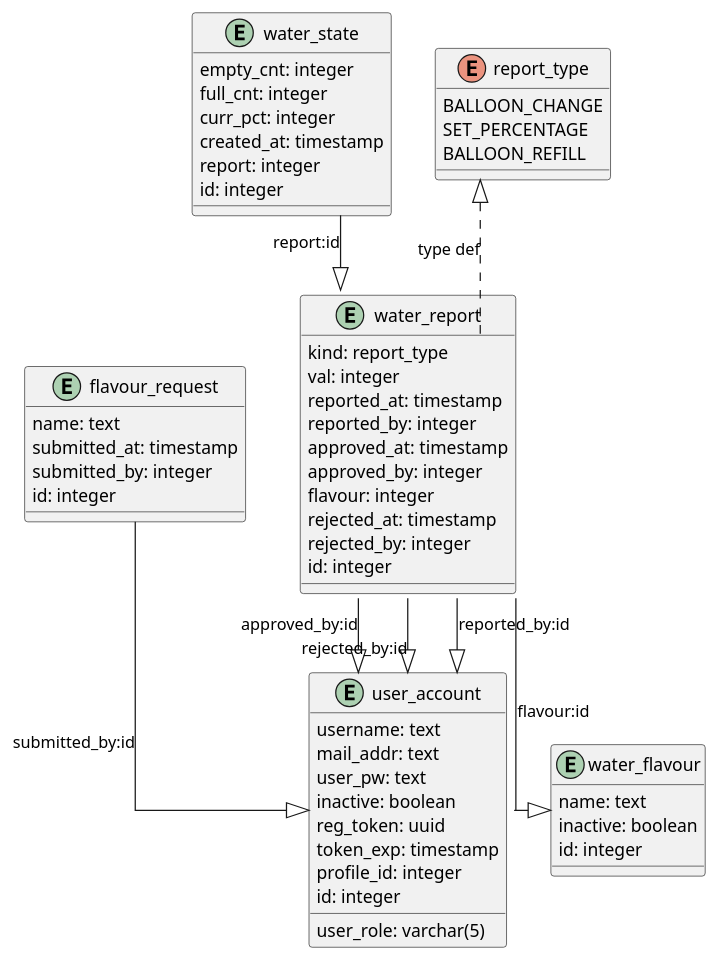
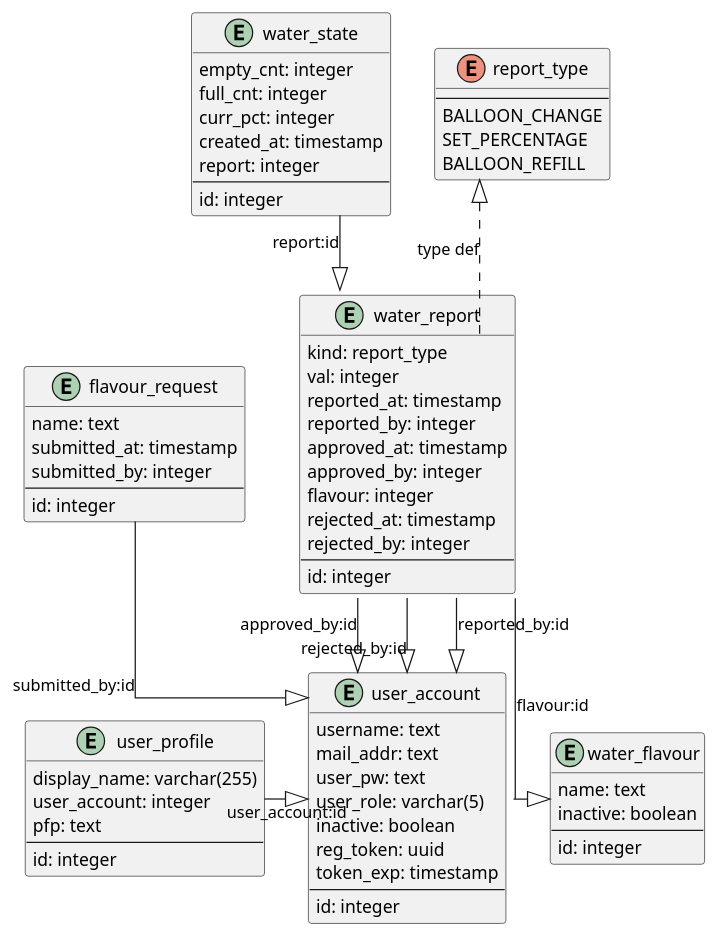
One commit to aestallon/ReVIZit changed the diagram in spec/db_schema.puml. Above: the diagram before and after it, drawn with PlantUML. The commit also changed 26 other files, not shown here.

Commit message:
scaffold profile and user management APIs

```diff
--- a/spec/db_schema.puml
+++ b/spec/db_schema.puml
@@ -1,62 +1,75 @@
 @startuml
 
 top to bottom direction
 skinparam linetype ortho
 
 entity flavour_request {
   name: text
   submitted_at: timestamp
   submitted_by: integer
+  ---
   id: integer
 }
 entity user_account {
   username: text
   mail_addr: text
   user_pw: text
   user_role: varchar(5)
   inactive: boolean
   reg_token: uuid
   token_exp: timestamp
-  profile_id: integer
+  ---
+  id: integer
+}
+entity user_profile {
+  display_name: varchar(255)
+  user_account: integer
+  pfp: text
+  ---
   id: integer
 }
 entity water_flavour {
   name: text
   inactive: boolean
+  ---
   id: integer
 }
 entity water_report {
   kind: report_type
   val: integer
   reported_at: timestamp
   reported_by: integer
   approved_at: timestamp
   approved_by: integer
   flavour: integer
   rejected_at: timestamp
   rejected_by: integer
+  ---
   id: integer
 }
 entity water_state {
   empty_cnt: integer
   full_cnt: integer
   curr_pct: integer
   created_at: timestamp
   report: integer
+  ---
   id: integer
 }
 
 enum report_type {
-    BALLOON_CHANGE
-    SET_PERCENTAGE
-    BALLOON_REFILL
+  ---
+  BALLOON_CHANGE
+  SET_PERCENTAGE
+  BALLOON_REFILL
 }
 
 flavour_request  -[plain]-^  user_account          : "submitted_by:id"
 water_report     -[plain]-^  user_account          : "approved_by:id"
 water_report     -[plain]-^  user_account          : "rejected_by:id"
 water_report     -[plain]-^  user_account          : "reported_by:id"
 water_report     -[plain]-^  water_flavour         : "flavour:id"
 water_state      -[plain]-^  water_report          : "report:id"
-report_type     ^-[dashed]- water_report::kind     : "type def"
+report_type     ^-[dashed]-  water_report::kind    : "type def"
+user_profile     -[plain]^  user_account          : "user_account:id"
 @enduml
```
